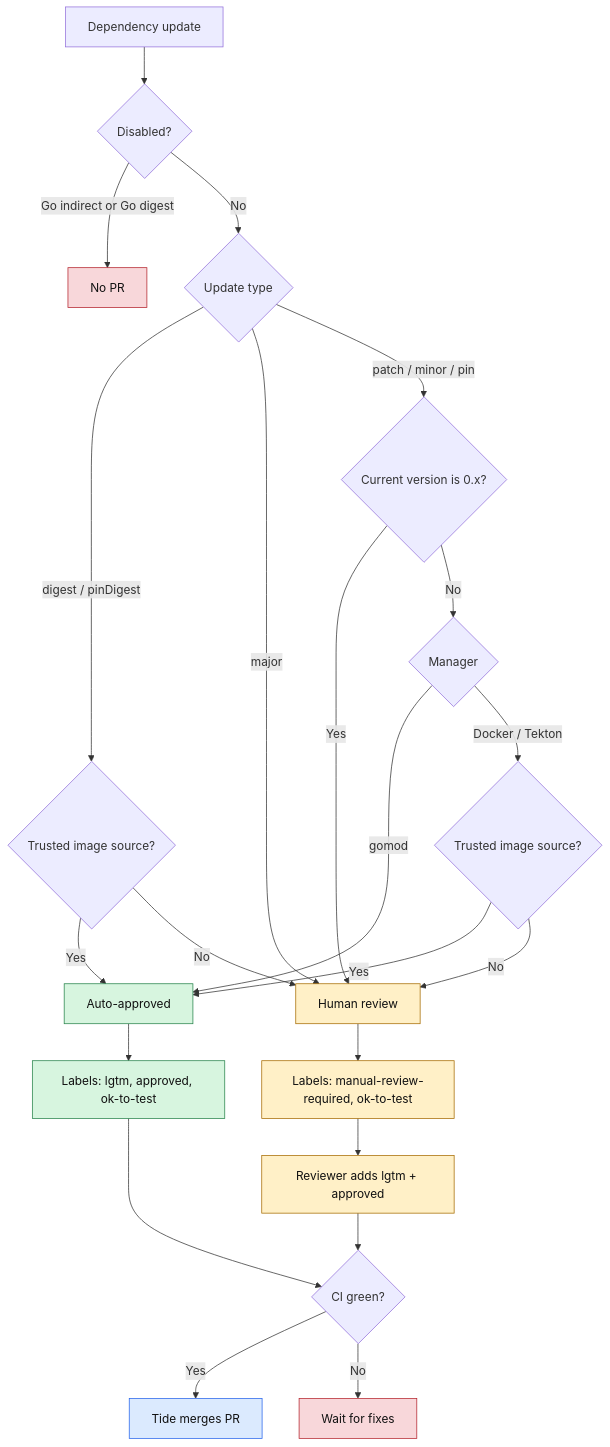
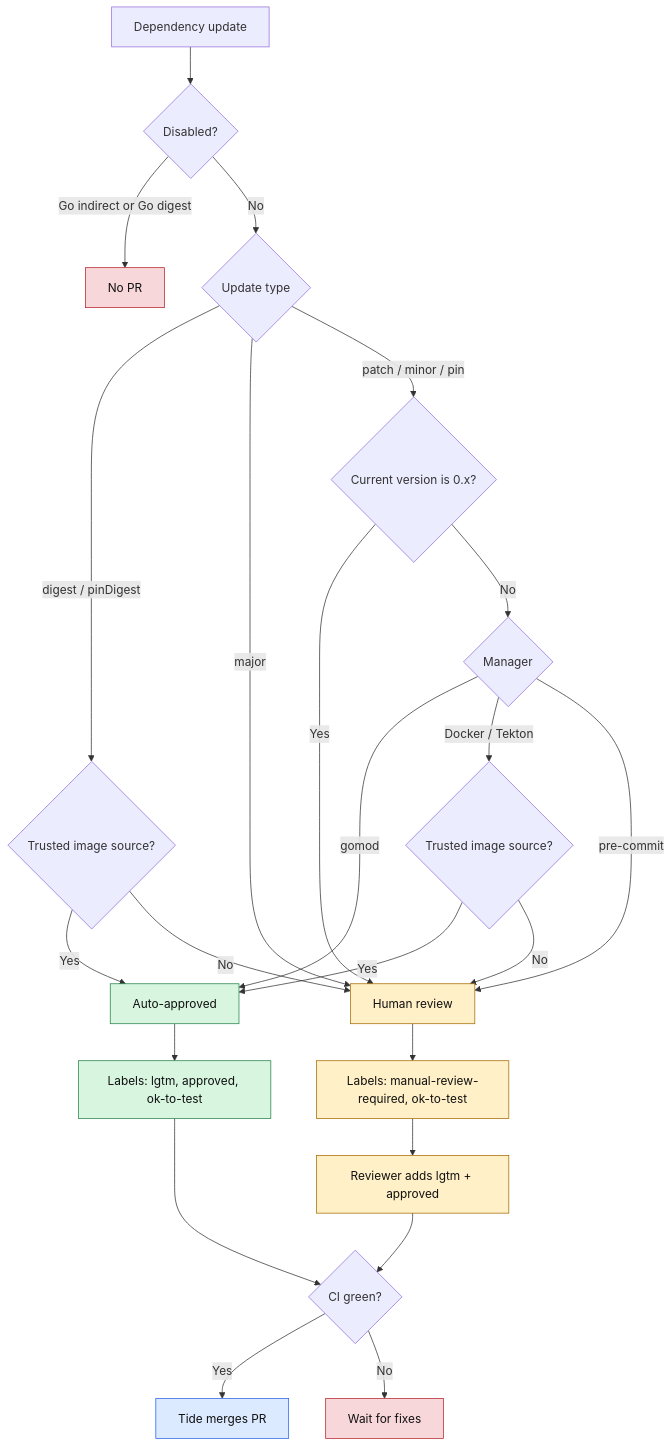
The diagram in README.md (openshift-hyperfleet/renovate-config), drawn with Mermaid before and after one commit. The commit also changed other lines of this file and 1 other file, not shown here.

First line of the commit message:
HYPERFLEET-1807 - chore: enable the pre-commit manager in the shared preset (#9)

````diff
--- a/README.md
+++ b/README.md
@@ -45,42 +46,43 @@
 ```mermaid
 flowchart TD
     U["Dependency update"] --> D{"Disabled?"}
 
     D -->|"Go indirect or Go digest"| N["No PR"]
     D -->|"No"| T{"Update type"}
 
     T -->|"digest / pinDigest"| S{"Trusted image source?"}
     S -->|"Yes"| A["Auto-approved"]
     S -->|"No"| H["Human review"]
 
     T -->|"major"| H
     T -->|"patch / minor / pin"| Z{"Current version is 0.x?"}
 
     Z -->|"Yes"| H
     Z -->|"No"| M{"Manager"}
 
     M -->|"gomod"| A
     M -->|"Docker / Tekton"| DS{"Trusted image source?"}
+    M -->|"pre-commit"| H
 
     DS -->|"Yes"| A
     DS -->|"No"| H
 
     A --> AL["Labels: lgtm, approved, ok-to-test"]
     H --> HL["Labels: manual-review-required, ok-to-test"]
     HL --> R["Reviewer adds lgtm + approved"]
 
     AL --> CI{"CI green?"}
     R --> CI
     CI -->|"Yes"| TM["Tide merges PR"]
     CI -->|"No"| W["Wait for fixes"]
 
     classDef approve fill:#d7f5df,stroke:#26834a,color:#111;
     classDef review fill:#fff0c7,stroke:#a66b00,color:#111;
     classDef stop fill:#f8d7da,stroke:#b4232c,color:#111;
     classDef merge fill:#dbeafe,stroke:#2563eb,color:#111;
 
     class A,AL approve;
     class H,HL,R review;
     class N,W stop;
     class TM merge;
 ```
````
